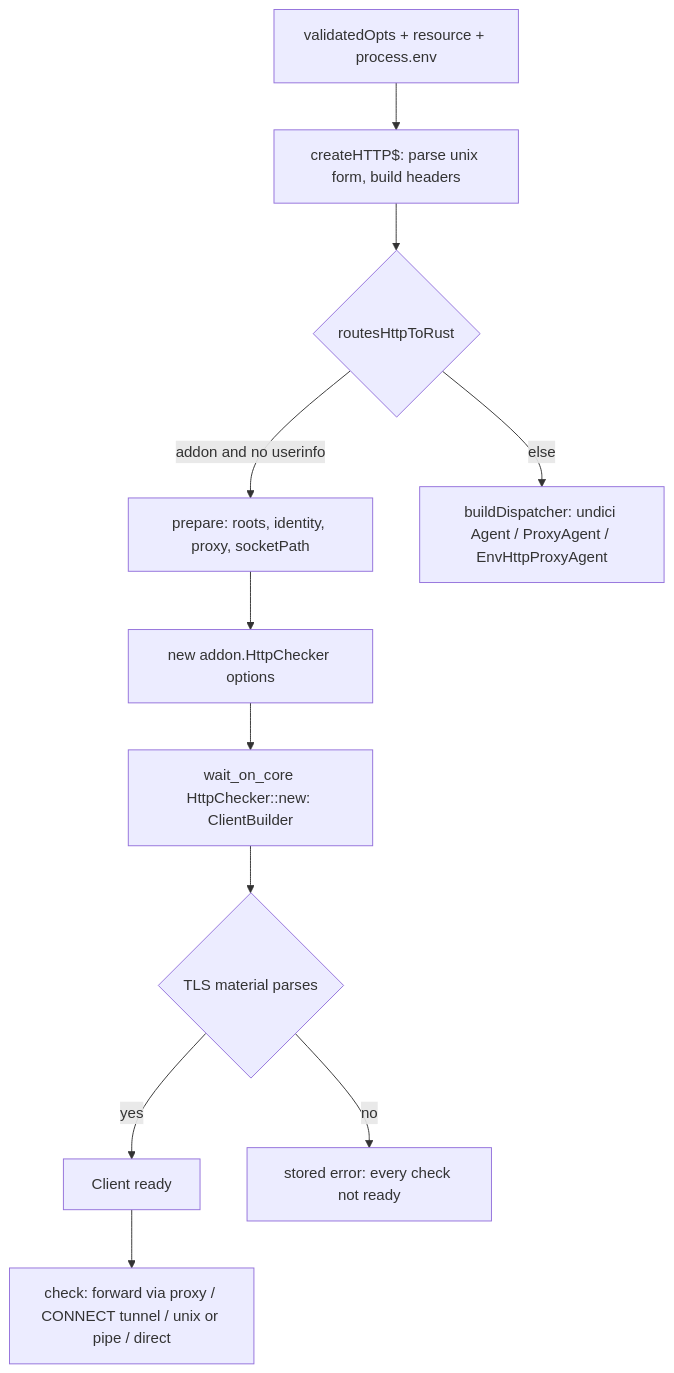
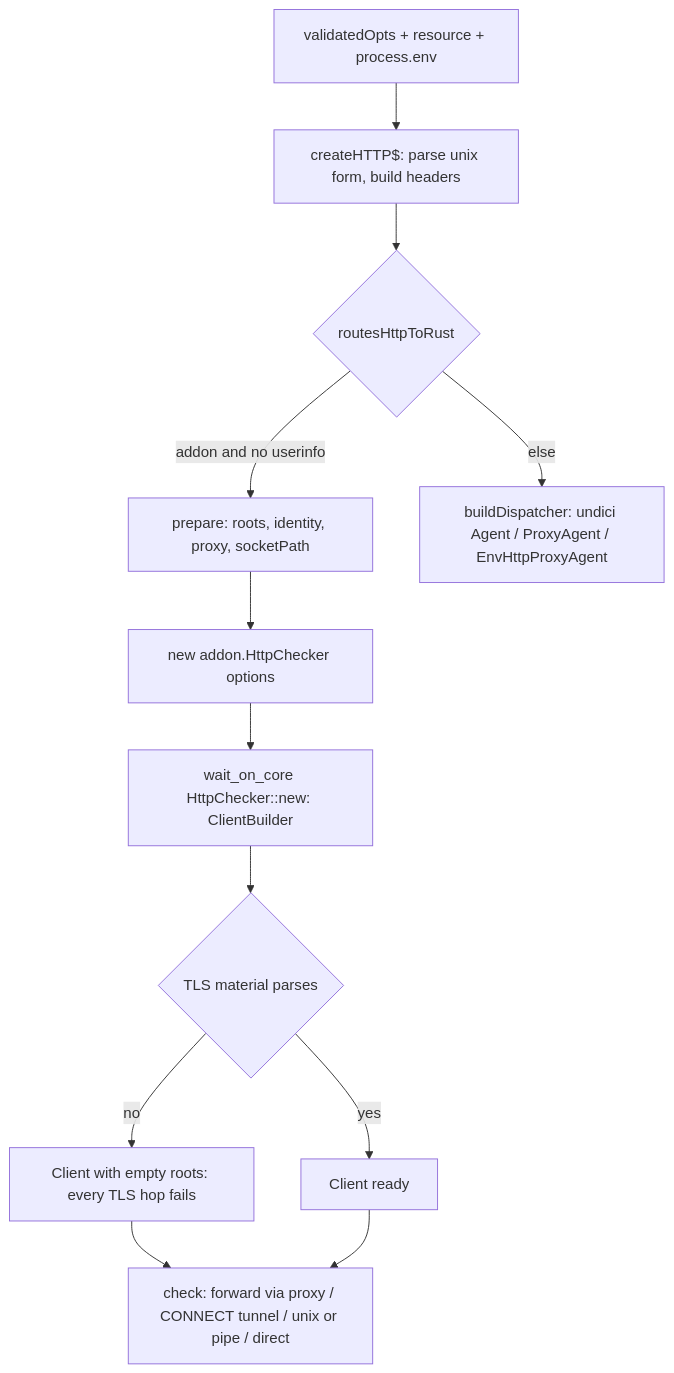
The diagram in docs/plans/2026-09-30-spike-rs-l5-tls-proxy-unix-plan.md (kevinold/wait-on), drawn with Mermaid before and after one commit. The commit also changed other lines of this file, not shown here.

````diff
--- a/docs/plans/2026-09-30-spike-rs-l5-tls-proxy-unix-plan.md
+++ b/docs/plans/2026-09-30-spike-rs-l5-tls-proxy-unix-plan.md
@@ -160,13 +163,14 @@
 ```mermaid
 flowchart TB
   A[validatedOpts + resource + process.env] --> B[createHTTP$: parse unix form, build headers]
   B --> C{routesHttpToRust}
   C -->|addon and no userinfo| D[prepare: roots, identity, proxy, socketPath]
   C -->|else| E[buildDispatcher: undici Agent / ProxyAgent / EnvHttpProxyAgent]
   D --> F[new addon.HttpChecker options]
   F --> G[wait_on_core HttpChecker::new: ClientBuilder]
   G --> H{TLS material parses}
   H -->|yes| I[Client ready]
-  H -->|no| J[stored error: every check not ready]
+  H -->|no| J[Client with empty roots: every TLS hop fails]
+  J --> K
   I --> K[check: forward via proxy / CONNECT tunnel / unix or pipe / direct]
 ```
````
